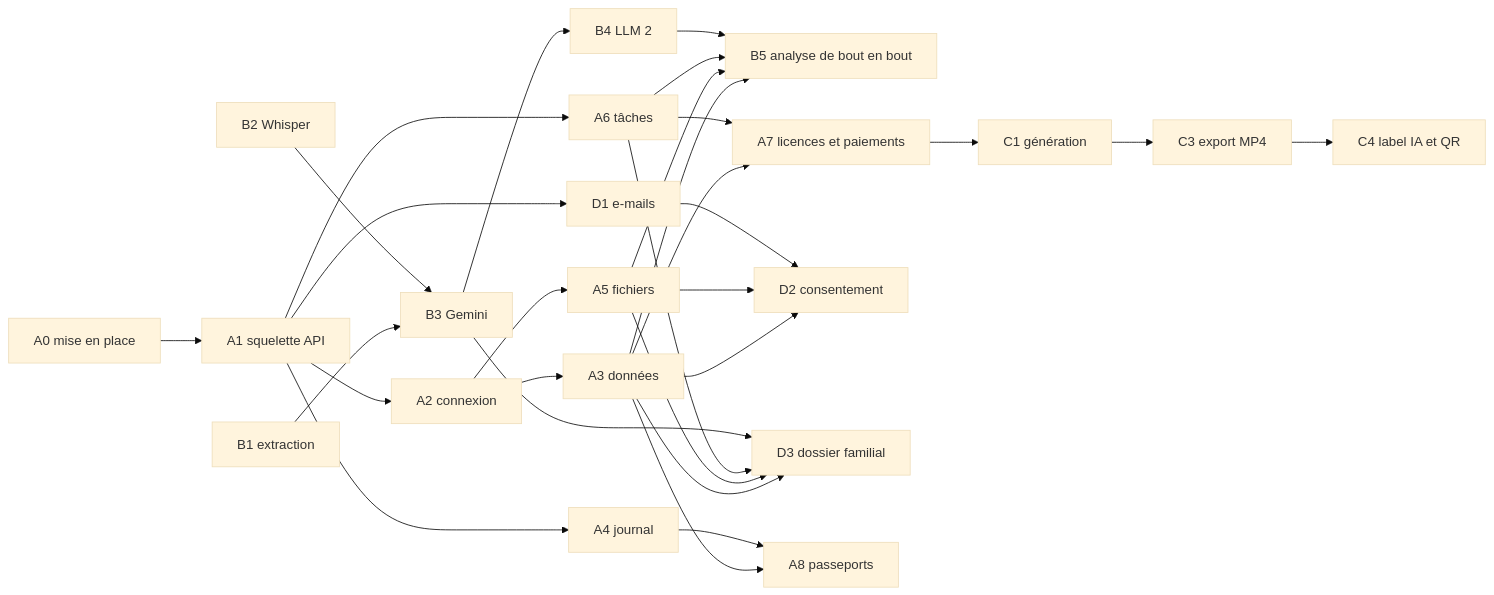
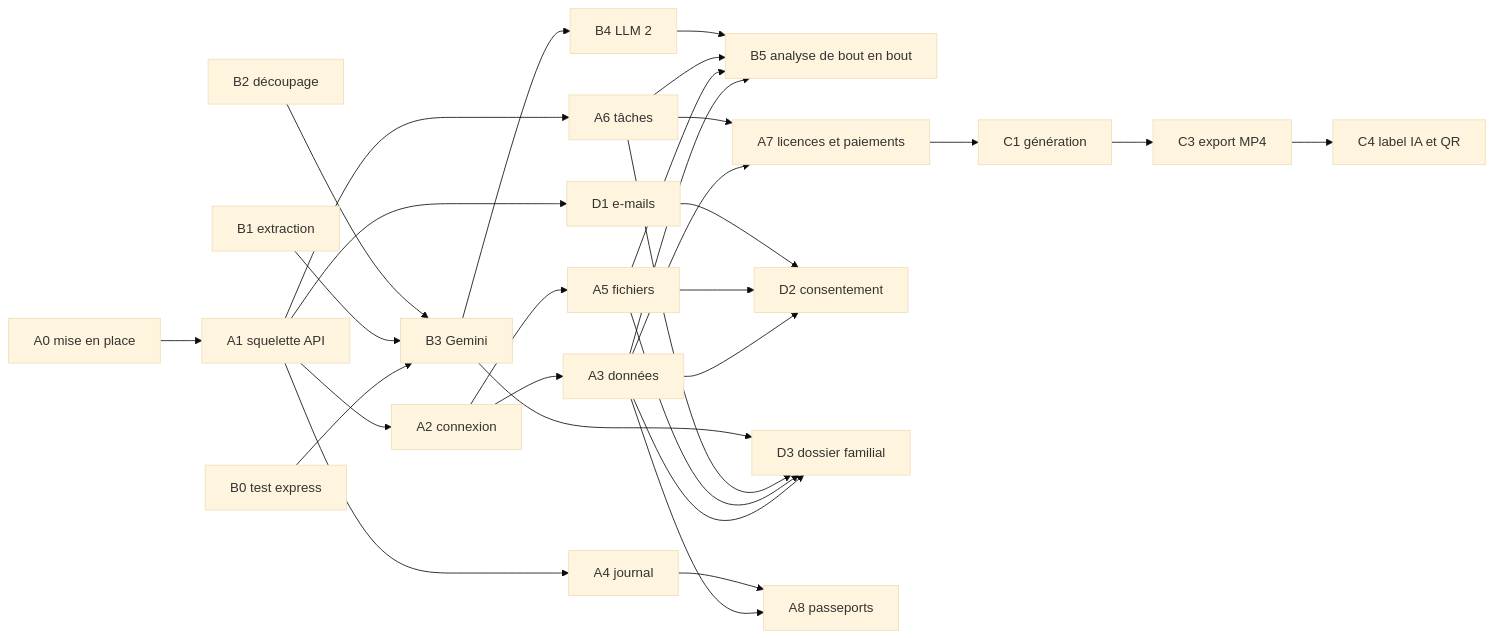
One commit to kssy06/Sawti360 changed the diagram in docs/backend/TACHES.md. Above: the diagram before and after it, drawn with Mermaid (base theme). The commit also changed other lines of this file and 4 other files, not shown here.

First line of the commit message:
Back-end : Gemini écrit la derja, Whisper ne fait plus que découper

````diff
--- a/docs/backend/TACHES.md
+++ b/docs/backend/TACHES.md
@@ -14,14 +14,14 @@
 ```mermaid
 flowchart LR
   A0[A0 mise en place] --> A1[A1 squelette API]
   A1 --> A2[A2 connexion] --> A3[A3 données]
   A1 --> A4[A4 journal] & A6[A6 tâches] & D1[D1 e-mails]
   A2 --> A5[A5 fichiers]
-  B1[B1 extraction] & B2[B2 Whisper] --> B3[B3 Gemini] --> B4[B4 LLM 2]
+  B0[B0 test express] & B1[B1 extraction] & B2[B2 découpage] --> B3[B3 Gemini] --> B4[B4 LLM 2]
   A3 & A5 & A6 & B4 --> B5[B5 analyse de bout en bout]
   A3 & A6 --> A7[A7 licences et paiements] --> C1[C1 génération]
   A3 & A5 & D1 --> D2[D2 consentement]
   A3 & A5 & A6 & B3 --> D3[D3 dossier familial]
   A3 & A4 --> A8[A8 passeports]
   C1 --> C3[C3 export MP4] --> C4[C4 label IA et QR]
 ```
````
